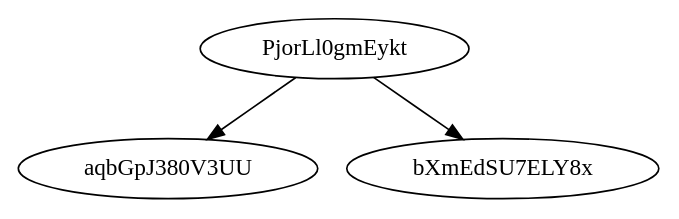
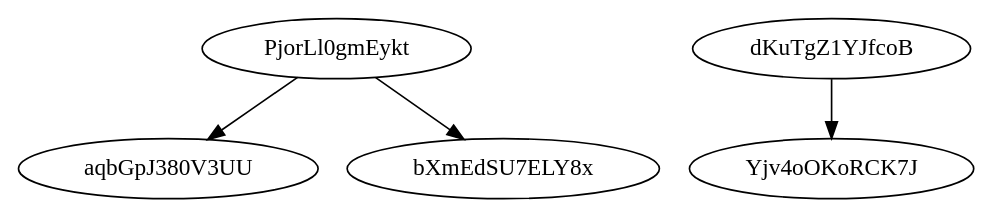
One commit to EmaApps/banyan changed the diagram in content/graph.dot. Above: the diagram before and after it, drawn with Graphviz. The commit also changed 7 other files, not shown here.

```diff
--- a/content/graph.dot
+++ b/content/graph.dot
@@ -1,4 +1,5 @@
 digraph G {
     PjorLl0gmEykt -> aqbGpJ380V3UU;
     PjorLl0gmEykt -> bXmEdSU7ELY8x;
+    dKuTgZ1YJfcoB -> Yjv4oOKoRCK7J;
 }
```
